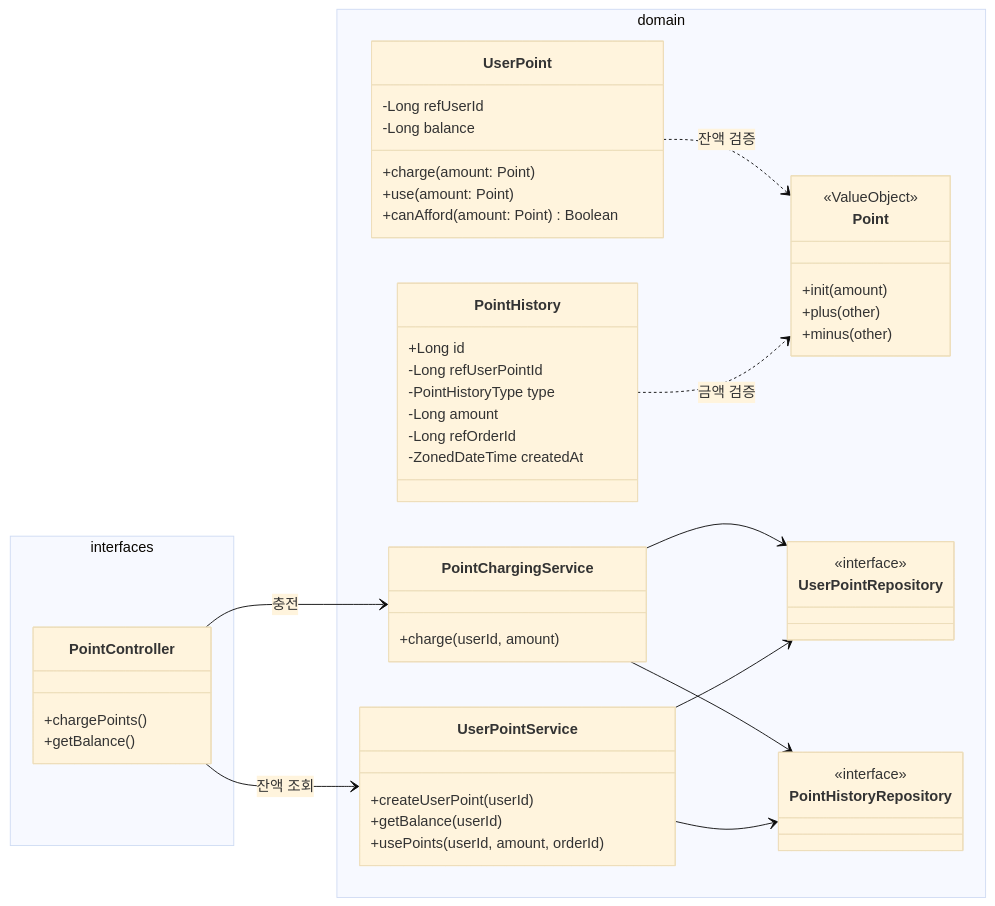
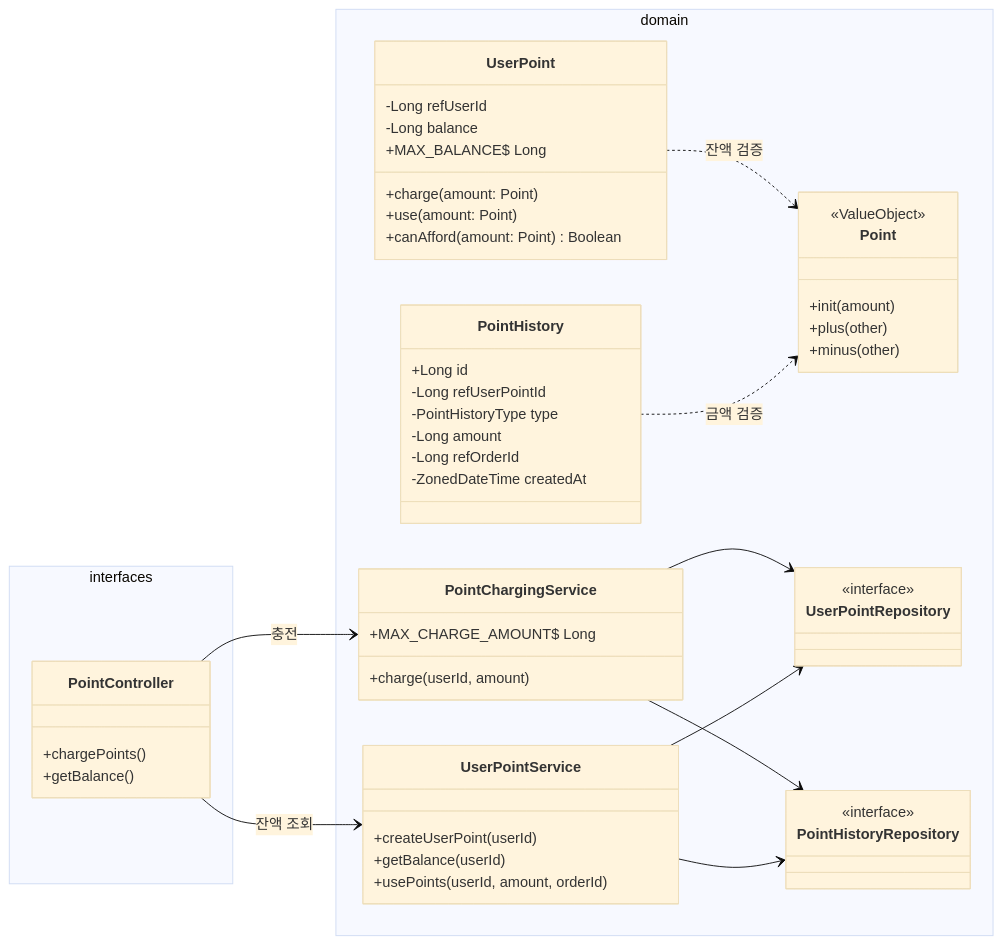
One commit to Loopers-dev-lab/loop-pack-be-l2-vol3-kotlin changed the sixth of 8 diagrams in docs/design/03-class-diagram.md. Above: the diagram before and after it, drawn with Mermaid (base theme). The commit also changed other lines of this file and 2 other files, not shown here.

````diff
--- a/docs/design/03-class-diagram.md
+++ b/docs/design/03-class-diagram.md
@@ -479,58 +474,60 @@
 ```mermaid
 classDiagram
     direction LR
 
     namespace interfaces {
         class PointController {
             +chargePoints()
             +getBalance()
         }
     }
 
     namespace domain {
         class UserPoint {
             -Long refUserId
             -Long balance
+            +MAX_BALANCE$ Long
             +charge(amount: Point)
             +use(amount: Point)
             +canAfford(amount: Point) Boolean
         }
         class PointHistory {
             +Long id
             -Long refUserPointId
             -PointHistoryType type
             -Long amount
             -Long refOrderId
             -ZonedDateTime createdAt
         }
         class Point {
             <<ValueObject>>
             +init(amount)
             +plus(other)
             +minus(other)
         }
         class PointChargingService {
+            +MAX_CHARGE_AMOUNT$ Long
             +charge(userId, amount)
         }
         class UserPointService {
             +createUserPoint(userId)
             +getBalance(userId)
             +usePoints(userId, amount, orderId)
         }
         class UserPointRepository {
             <<interface>>
         }
         class PointHistoryRepository {
             <<interface>>
         }
     }
 
     PointController --> PointChargingService: 충전
     PointController --> UserPointService: 잔액 조회
     PointChargingService --> UserPointRepository
     PointChargingService --> PointHistoryRepository
     UserPointService --> UserPointRepository
     UserPointService --> PointHistoryRepository
     UserPoint ..> Point: 잔액 검증
     PointHistory ..> Point: 금액 검증
 ```
````
